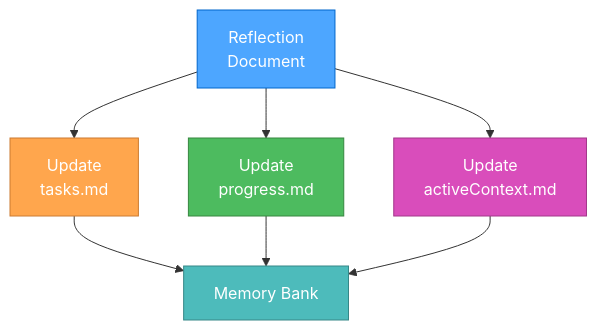
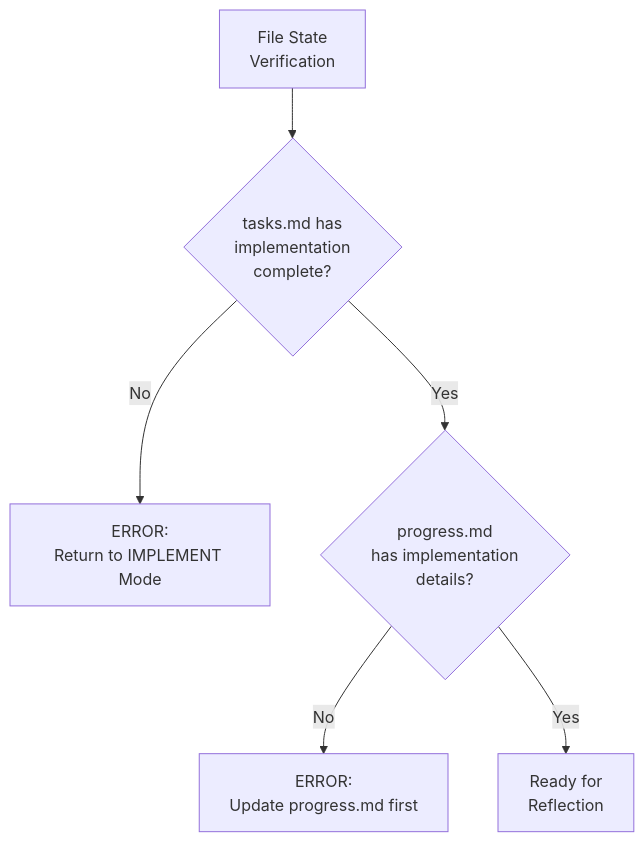
Before and after one commit to ubranch/shotgun: the third of 5 diagrams in .cursor/rules/isolation_rules/visual-maps/reflect-mode-map.mdc, drawn with Mermaid. The commit also changed other lines of this file and 81 other files, not shown here.

Commit message:
feat: introduce new creative and implementation modes; enhance memory bank structure with detailed context documentation and visual process maps for improved workflow management

````diff
--- a/.cursor/rules/isolation_rules/visual-maps/reflect-mode-map.mdc
+++ b/.cursor/rules/isolation_rules/visual-maps/reflect-mode-map.mdc
@@ -59,16 +79,10 @@
 ```mermaid
 graph TD
-    Reflection["Reflection<br>Document"] --> Tasks["Update<br>tasks.md"]
-    Reflection --> Progress["Update<br>progress.md"]
-    Reflection --> Active["Update<br>activeContext.md"]
+    Start["File State<br>Verification"] --> CheckTasks{"tasks.md has<br>implementation<br>complete?"}
     
-    Tasks --> MB["Memory Bank"]
-    Progress --> MB
-    Active --> MB
+    CheckTasks -->|"No"| ErrorImplement["ERROR:<br>Return to IMPLEMENT Mode"]
+    CheckTasks -->|"Yes"| CheckProgress{"progress.md<br>has implementation<br>details?"}
     
-    style Reflection fill:#4da6ff,stroke:#0066cc,color:white
-    style Tasks fill:#ffa64d,stroke:#cc7a30,color:white
-    style Progress fill:#4dbb5f,stroke:#36873f,color:white
-    style Active fill:#d94dbb,stroke:#a3378a,color:white
-    style MB fill:#4dbbbb,stroke:#368787,color:white
+    CheckProgress -->|"No"| ErrorProgress["ERROR:<br>Update progress.md first"]
+    CheckProgress -->|"Yes"| ReadyReflect["Ready for<br>Reflection"]
 ```
````
